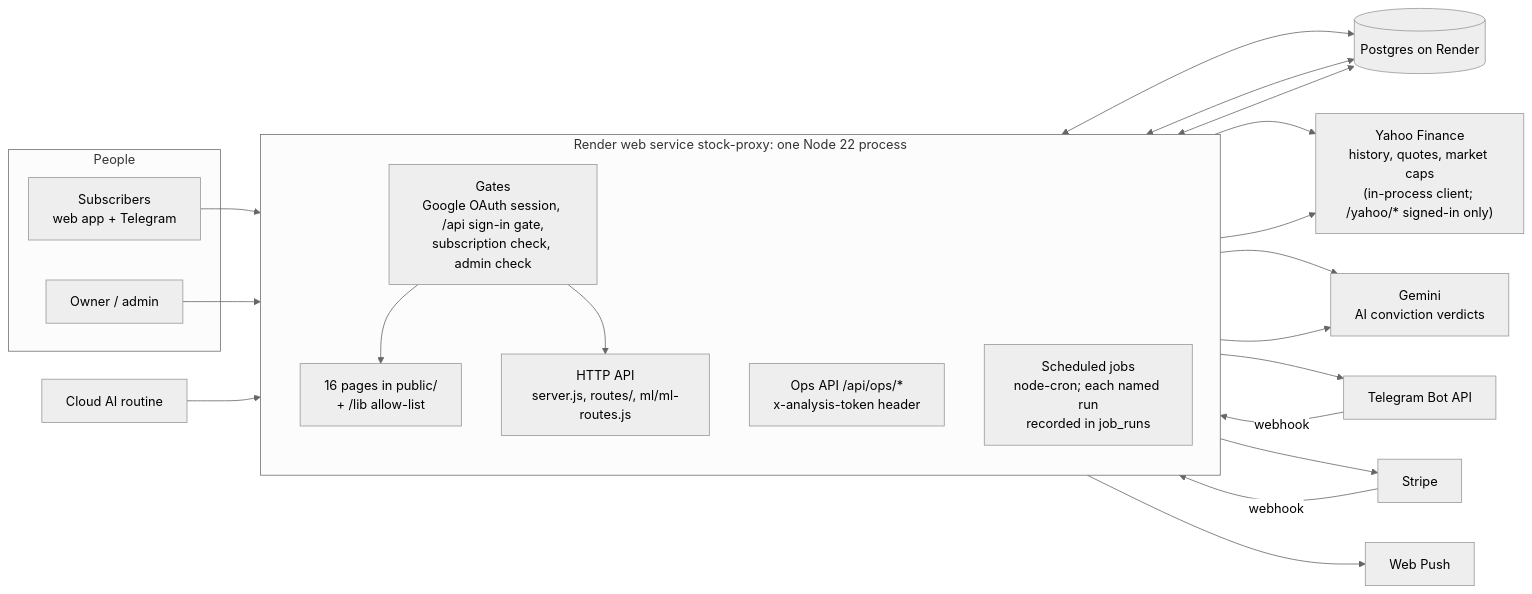
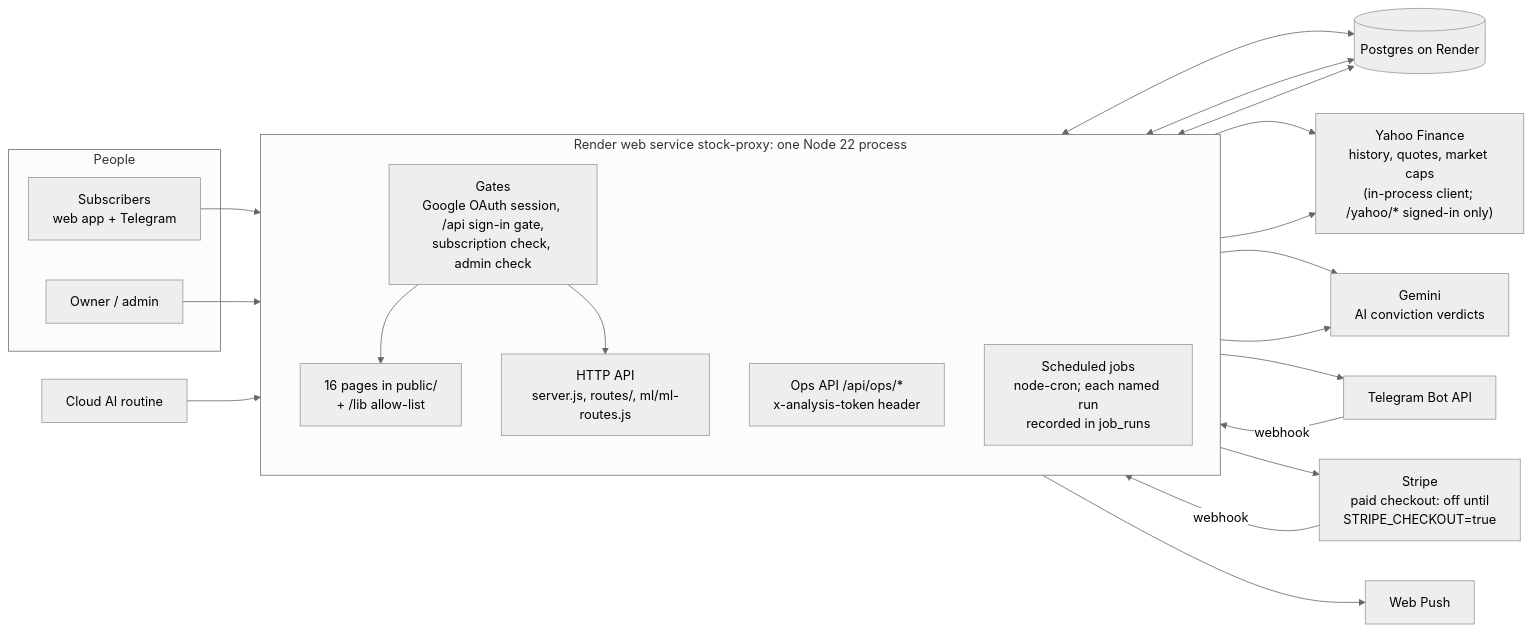
The first of 2 diagrams in README.md (ketanswebsite/signalforge), drawn with Mermaid (neutral theme) before and after one commit. The commit also changed other lines of this file and 17 other files, not shown here.

````diff
--- a/README.md
+++ b/README.md
@@ -249,40 +250,40 @@
 ```mermaid
 flowchart LR
   subgraph People
     U["Subscribers<br/>web app + Telegram"]
     O["Owner / admin"]
   end
   subgraph Render["Render web service stock-proxy: one Node 22 process"]
     direction TB
     G["Gates<br/>Google OAuth session, /api sign-in gate,<br/>subscription check, admin check"]
     PG["16 pages in public/<br/>+ /lib allow-list"]
     API["HTTP API<br/>server.js, routes/, ml/ml-routes.js"]
     OPS["Ops API /api/ops/*<br/>x-analysis-token header"]
     J["Scheduled jobs<br/>node-cron; each named run<br/>recorded in job_runs"]
   end
   DB[("Postgres on Render")]
   Y["Yahoo Finance<br/>history, quotes, market caps<br/>(in-process client; /yahoo/* signed-in only)"]
   AI["Gemini<br/>AI conviction verdicts"]
   T["Telegram Bot API"]
-  S["Stripe"]
+  S["Stripe<br/>paid checkout: off until<br/>STRIPE_CHECKOUT=true"]
   W["Web Push"]
   R["Cloud AI routine"]
 
   U --> G
   O --> G
   G --> PG
   G --> API
   R --> OPS
   API <--> DB
   OPS <--> DB
   J <--> DB
   API --> Y
   J --> Y
   API --> AI
   J --> AI
   J --> T
   T -- "webhook" --> API
   API --> S
   S -- "webhook" --> API
   J --> W
 ```
````
